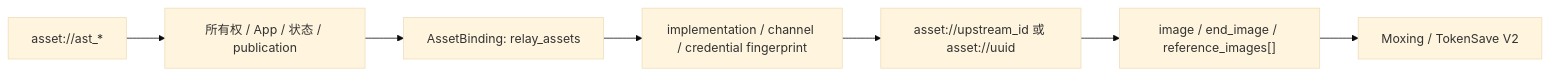
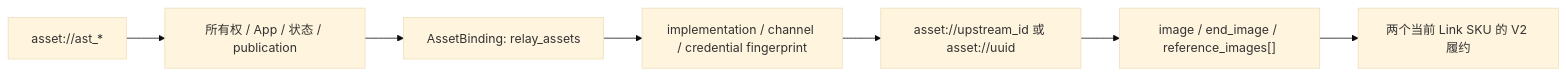
The diagram in docs/20-architecture/seedance 模型接入设计/墨行/04-Link资源与墨行素材适配设计.md (wuqiang44444444/new-api), drawn with Mermaid (base theme) before and after one commit. The commit also changed other lines of this file and 29 other files, not shown here.

````diff
--- a/docs/20-architecture/seedance 模型接入设计/墨行/04-Link资源与墨行素材适配设计.md
+++ b/docs/20-architecture/seedance 模型接入设计/墨行/04-Link资源与墨行素材适配设计.md
@@ -35,9 +35,9 @@
 ```mermaid
 flowchart LR
     Client["asset://ast_*"] --> Guard["所有权 / App / 状态 / publication"]
     Guard --> Binding["AssetBinding: relay_assets"]
     Binding --> Fence["implementation / channel / credential fingerprint"]
     Fence --> Ref["asset://upstream_id 或 asset://uuid"]
     Ref --> Converter["image / end_image / reference_images[]"]
-    Converter --> Moxing["Moxing / TokenSave V2"]
+    Converter --> Moxing["两个当前 Link SKU 的 V2 履约"]
 ```
````
